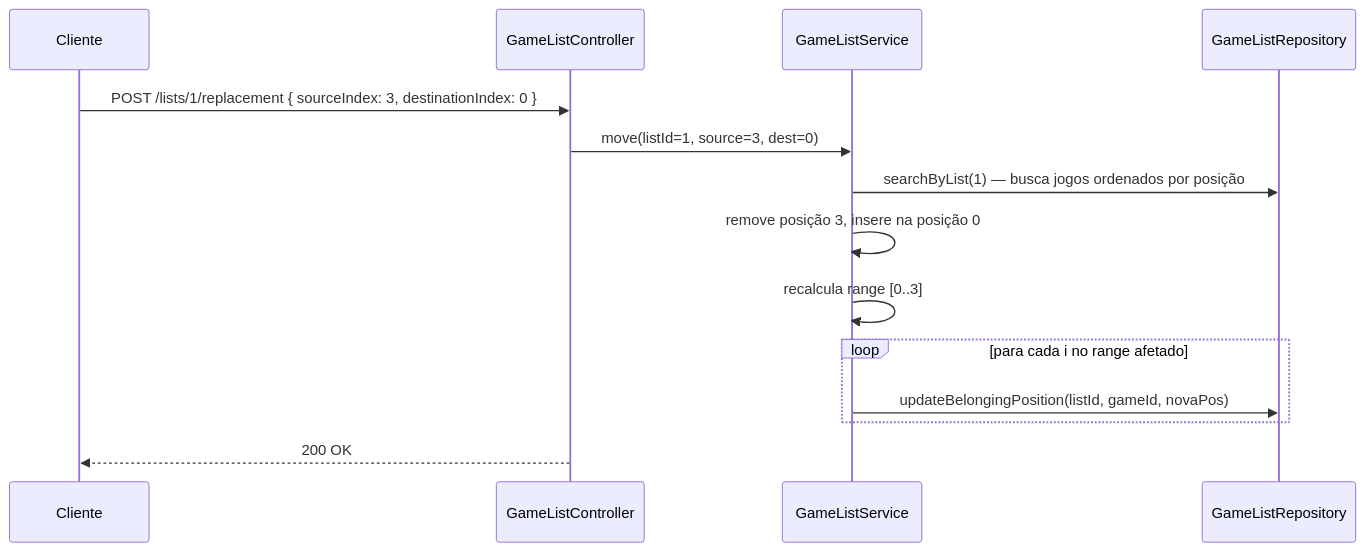
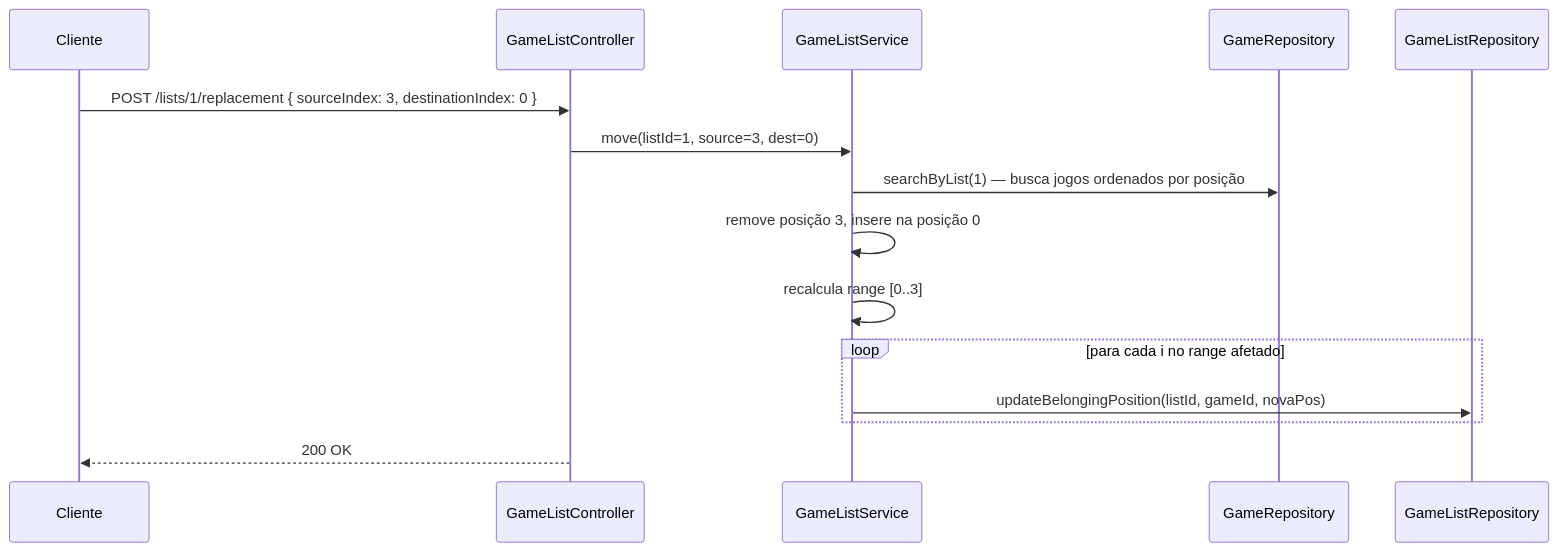
One commit to odavid062/Dslist changed the second of 2 diagrams in README.md. Above: the diagram before and after it, drawn with Mermaid. The commit also changed other lines of this file, not shown here.

````diff
--- a/README.md
+++ b/README.md
@@ -49,17 +49,18 @@
 ```mermaid
 sequenceDiagram
     participant C as Cliente
     participant CT as GameListController
     participant S as GameListService
-    participant R as GameListRepository
+    participant GR as GameRepository
+    participant GLR as GameListRepository
 
     C->>CT: POST /lists/1/replacement { sourceIndex: 3, destinationIndex: 0 }
     CT->>S: move(listId=1, source=3, dest=0)
-    S->>R: searchByList(1) — busca jogos ordenados por posição
+    S->>GR: searchByList(1) — busca jogos ordenados por posição
     S->>S: remove posição 3, insere na posição 0
     S->>S: recalcula range [0..3]
     loop para cada i no range afetado
-        S->>R: updateBelongingPosition(listId, gameId, novaPos)
+        S->>GLR: updateBelongingPosition(listId, gameId, novaPos)
     end
     CT-->>C: 200 OK
 ```
````
